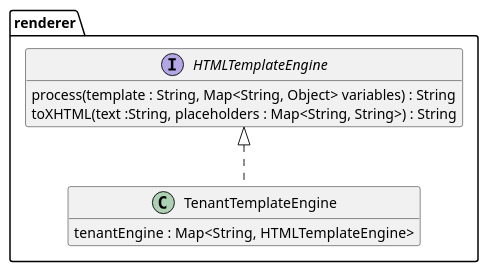
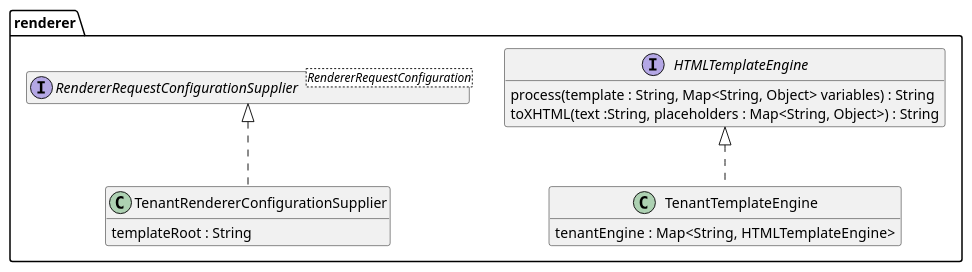
Before and after one commit to tailoringexpert/platform: the diagram in src/site/arc42/plantuml/tenant/renderer/Ebene3.plantuml, drawn with PlantUML. The commit also changed 43 other files, not shown here.

```diff
--- a/src/site/arc42/plantuml/tenant/renderer/Ebene3.plantuml
+++ b/src/site/arc42/plantuml/tenant/renderer/Ebene3.plantuml
@@ -1,16 +1,25 @@
 @startuml Ebene3.png
 hide empty members
 
 package renderer {
 
     interface HTMLTemplateEngine {
         process(template : String, Map<String, Object> variables) : String
-        toXHTML(text :String, placeholders : Map<String, String>) : String
+        toXHTML(text :String, placeholders : Map<String, Object>) : String
     }
 
     class TenantTemplateEngine {
         tenantEngine :  Map<String, HTMLTemplateEngine>
     }
     HTMLTemplateEngine <|.. TenantTemplateEngine
+
+    interface RendererRequestConfigurationSupplier<RendererRequestConfiguration> {
+    }
+
+    class TenantRendererConfigurationSupplier {
+        templateRoot : String
+    }
+    RendererRequestConfigurationSupplier <|.. TenantRendererConfigurationSupplier
+
 }
 @enduml
```
